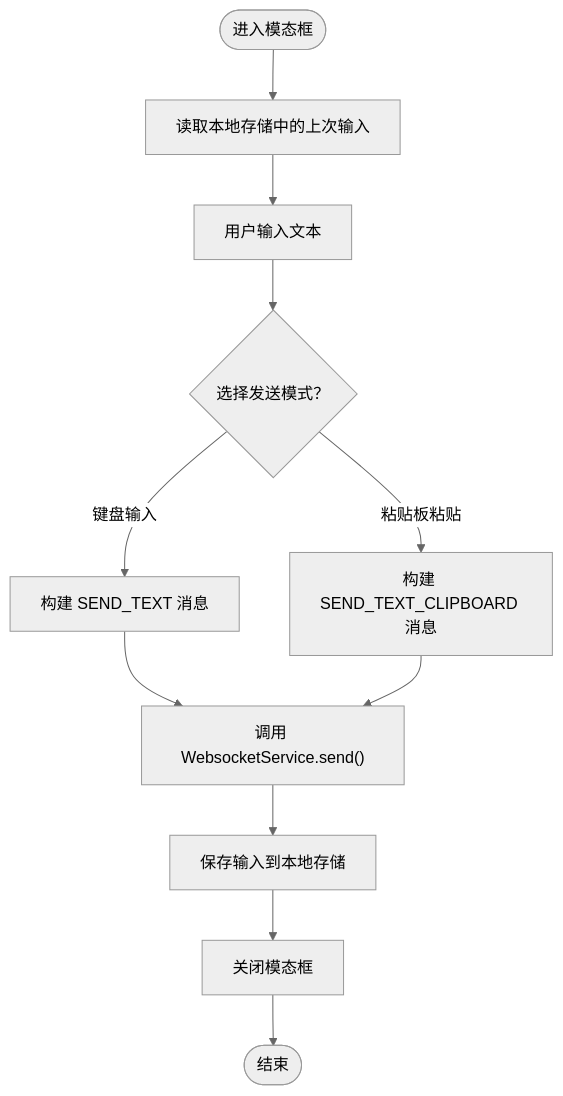
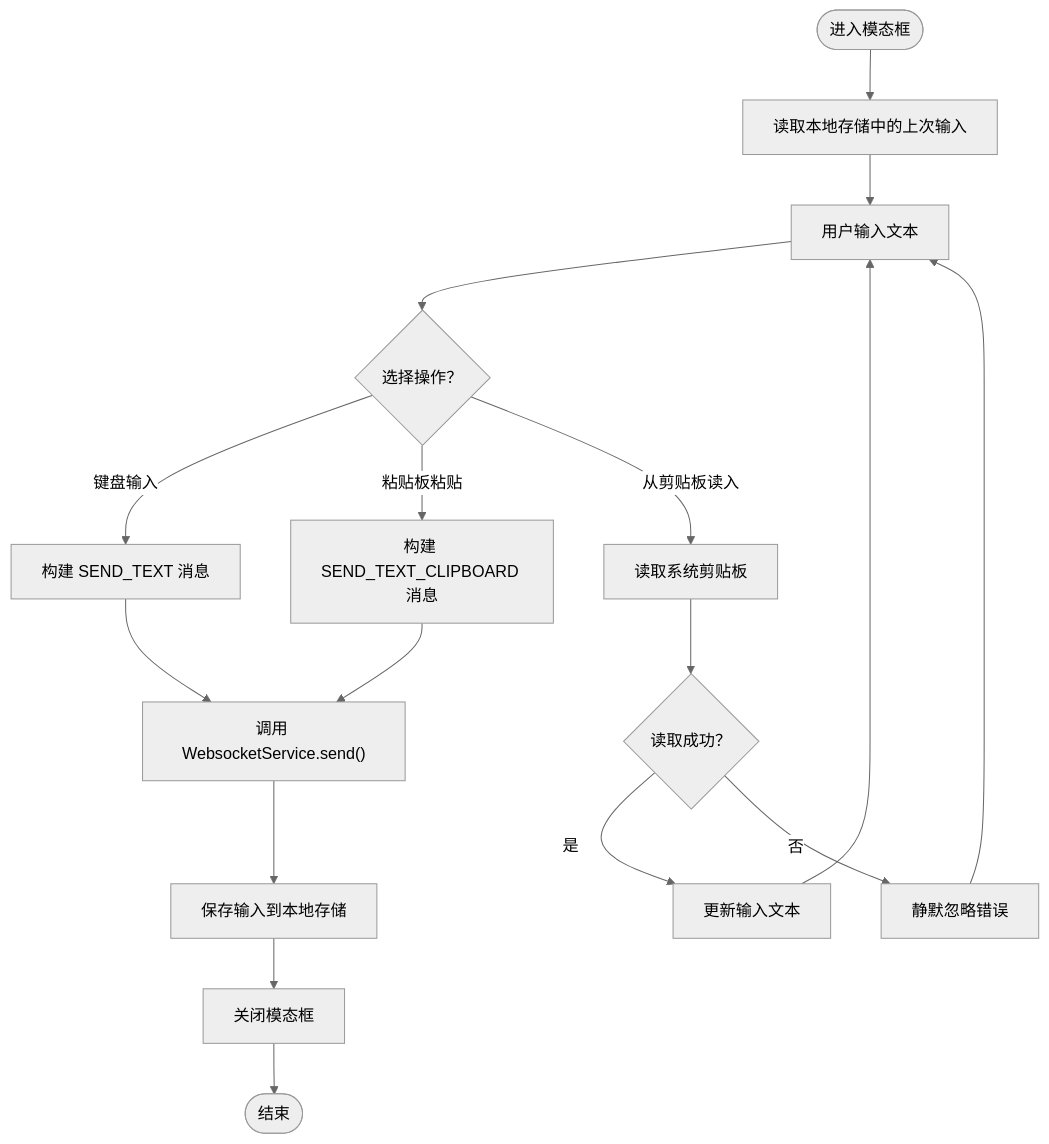
One commit to tea4go/Macro-Deck-Client-App changed the third of 4 diagrams in .qoder/repowiki/zh/content/核心功能模块/文本发送功能.md. Above: the diagram before and after it, drawn with Mermaid (neutral theme). The commit also changed other lines of this file and 39 other files, not shown here.

````diff
--- a/.qoder/repowiki/zh/content/核心功能模块/文本发送功能.md
+++ b/.qoder/repowiki/zh/content/核心功能模块/文本发送功能.md
@@ -112,13 +137,19 @@
 ```mermaid
 flowchart TD
 Start(["进入模态框"]) --> Load["读取本地存储中的上次输入"]
 Load --> Input["用户输入文本"]
-Input --> Mode{"选择发送模式？"}
+Input --> Mode{"选择操作？"}
 Mode --> |键盘输入| BuildKbd["构建 SEND_TEXT 消息"]
 Mode --> |粘贴板粘贴| BuildClip["构建 SEND_TEXT_CLIPBOARD 消息"]
+Mode --> |从剪贴板读入| ReadClip["读取系统剪贴板"]
+ReadClip --> Success{"读取成功？"}
+Success --> |是| UpdateText["更新输入文本"]
+Success --> |否| Ignore["静默忽略错误"]
+UpdateText --> Input
+Ignore --> Input
 BuildKbd --> Send["调用 WebsocketService.send()"]
 BuildClip --> Send
 Send --> Save["保存输入到本地存储"]
 Save --> Close["关闭模态框"]
 Close --> End(["结束"])
 ```
````
